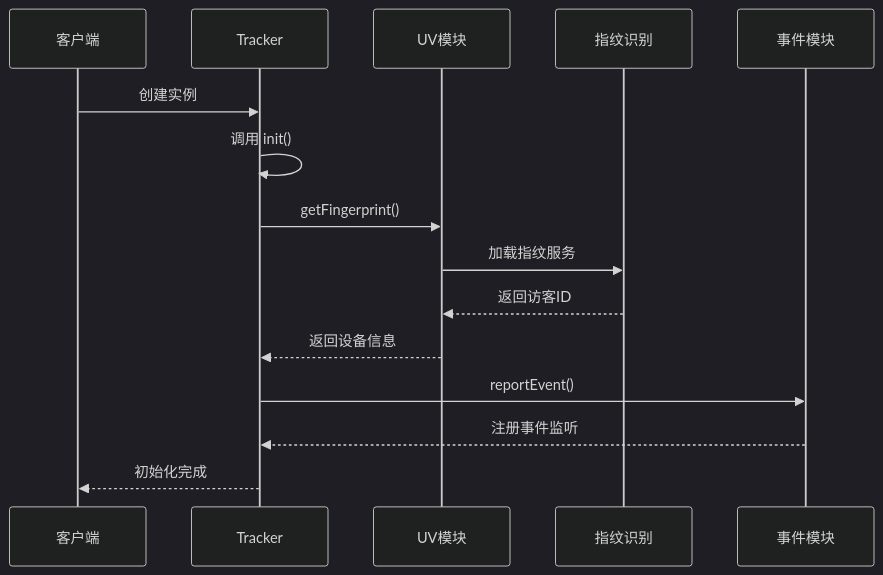
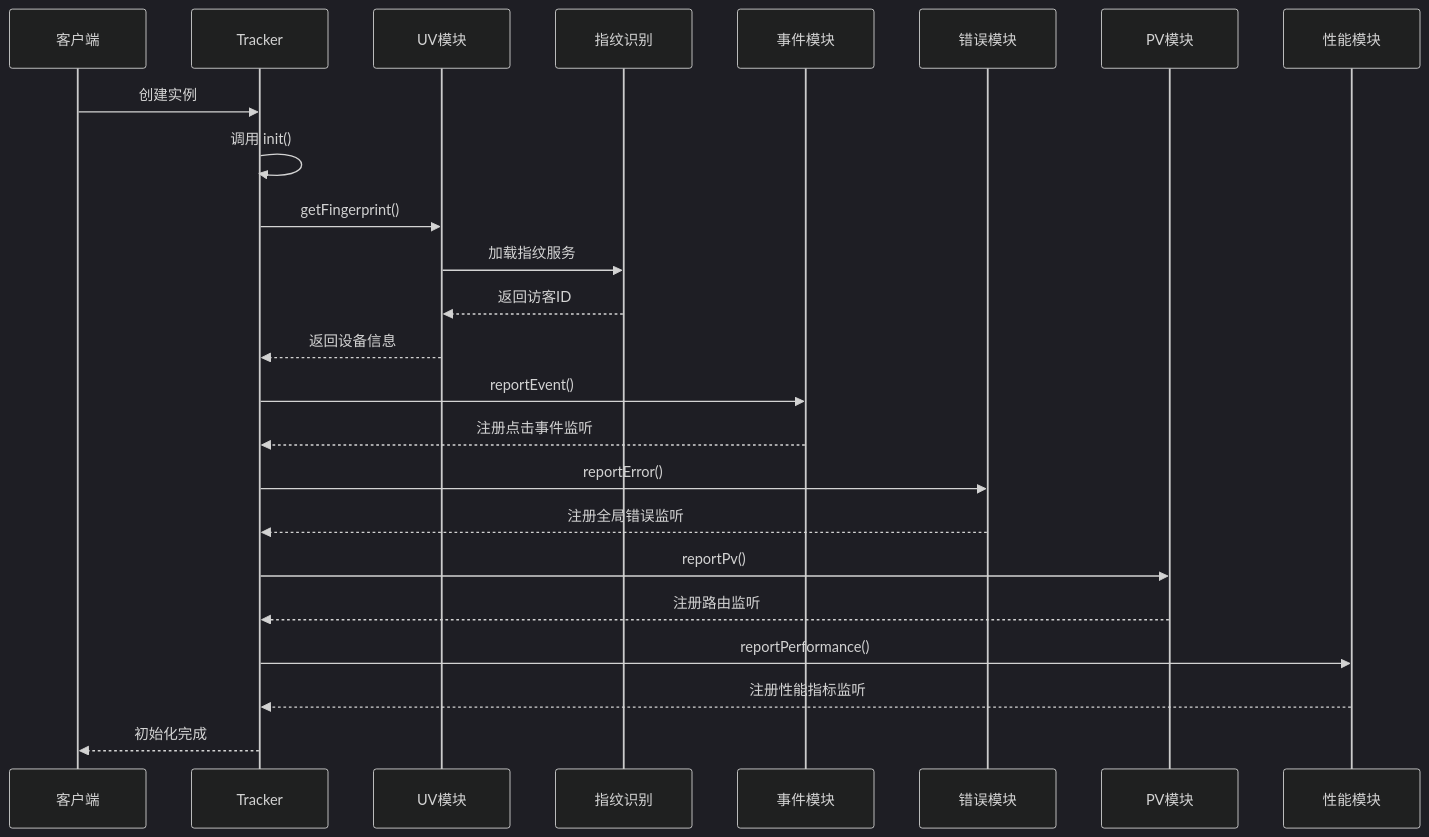
The fourth of 15 diagrams in .qoder/repowiki/zh/content/分析跟踪模块.md (LihaoZDB/English-Study), drawn with Mermaid (dark theme) before and after one commit. The commit also changed other lines of this file and 5 other files, not shown here.

````diff
--- a/.qoder/repowiki/zh/content/分析跟踪模块.md
+++ b/.qoder/repowiki/zh/content/分析跟踪模块.md
@@ -173,17 +235,26 @@
 ```mermaid
 sequenceDiagram
 participant Client as 客户端
 participant Tracker as Tracker
 participant UV as UV模块
 participant Fingerprint as 指纹识别
 participant Event as 事件模块
+participant Error as 错误模块
+participant PV as PV模块
+participant Perf as 性能模块
 Client->>Tracker : 创建实例
 Tracker->>Tracker : 调用 init()
 Tracker->>UV : getFingerprint()
 UV->>Fingerprint : 加载指纹服务
 Fingerprint-->>UV : 返回访客ID
 UV-->>Tracker : 返回设备信息
 Tracker->>Event : reportEvent()
-Event-->>Tracker : 注册事件监听
+Event-->>Tracker : 注册点击事件监听
+Tracker->>Error : reportError()
+Error-->>Tracker : 注册全局错误监听
+Tracker->>PV : reportPv()
+PV-->>Tracker : 注册路由监听
+Tracker->>Perf : reportPerformance()
+Perf-->>Tracker : 注册性能指标监听
 Tracker-->>Client : 初始化完成
 ```
````
